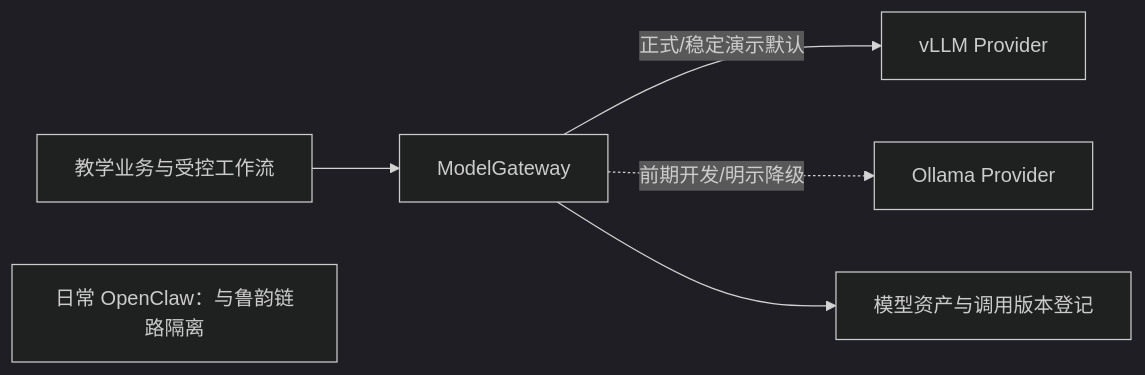
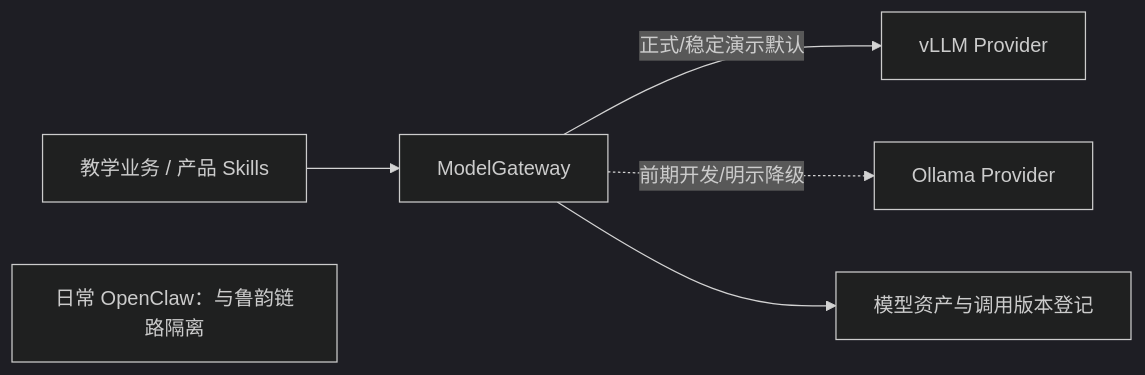
Before and after one commit to hordu-ma/sdszk-qa: the fifth of 6 diagrams in src/docs/ARCHITECTURE.md, drawn with Mermaid (dark theme). The commit also changed other lines of this file and 15 other files, not shown here.

````diff
--- a/src/docs/ARCHITECTURE.md
+++ b/src/docs/ARCHITECTURE.md
@@ -168,8 +169,8 @@
 ```mermaid
 flowchart LR
-  业务[教学业务与受控工作流] --> 网关[ModelGateway]
+  业务[教学业务 / 产品 Skills] --> 网关[ModelGateway]
   网关 -->|正式/稳定演示默认| VLLM[vLLM Provider]
   网关 -.->|前期开发/明示降级| OLLAMA[Ollama Provider]
   网关 --> 版本[模型资产与调用版本登记]
   日常[日常 OpenClaw：与鲁韵链路隔离]
 ```
````
